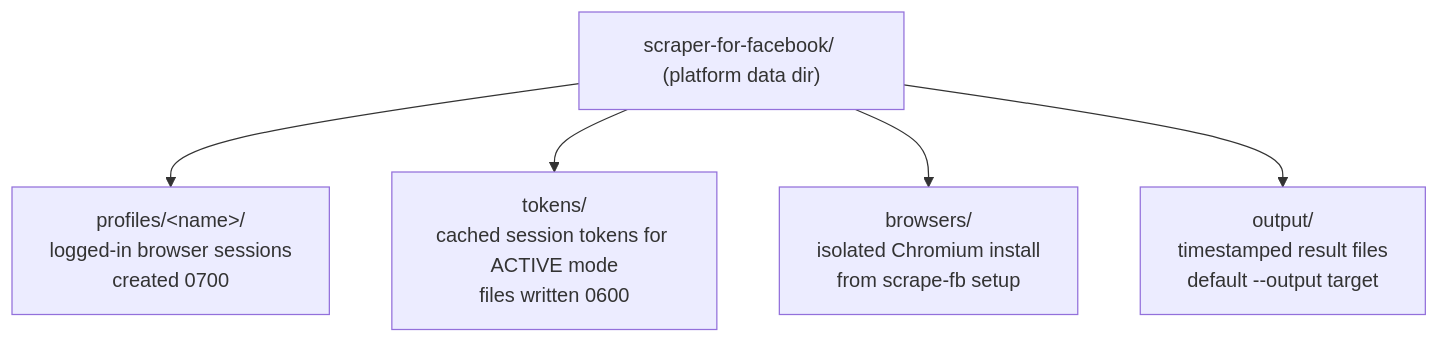
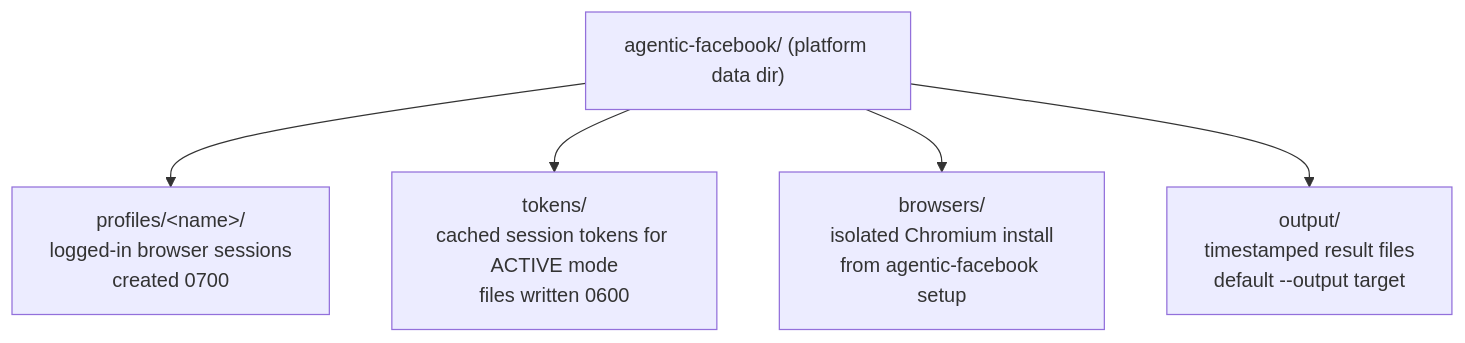
The diagram in docs/wiki/Configuration.md (tjdwls101010/Scraper-for-Facebook), drawn with Mermaid before and after one commit. The commit also changed other lines of this file and 59 other files, not shown here.

First line of the commit message:
Rename to Agentic Facebook (package, CLI, module, docs) (#1)

````diff
--- a/docs/wiki/Configuration.md
+++ b/docs/wiki/Configuration.md
@@ -19,7 +19,7 @@
 ```mermaid
 flowchart TD
-    R["scraper-for-facebook/ (platform data dir)"] --> P["profiles/&lt;name&gt;/<br/>logged-in browser sessions<br/>created 0700"]
+    R["agentic-facebook/ (platform data dir)"] --> P["profiles/&lt;name&gt;/<br/>logged-in browser sessions<br/>created 0700"]
     R --> T["tokens/<br/>cached session tokens for ACTIVE mode<br/>files written 0600"]
-    R --> B["browsers/<br/>isolated Chromium install<br/>from scrape-fb setup"]
+    R --> B["browsers/<br/>isolated Chromium install<br/>from agentic-facebook setup"]
     R --> O["output/<br/>timestamped result files<br/>default --output target"]
 ```
````
